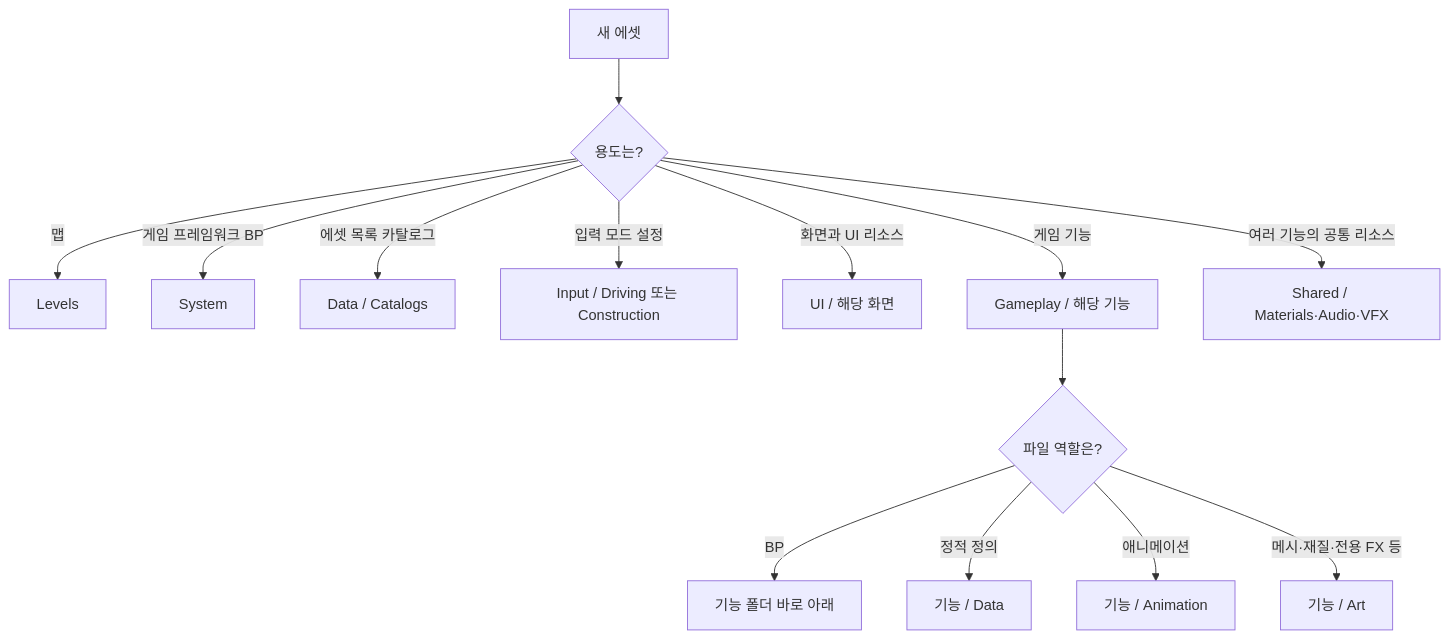
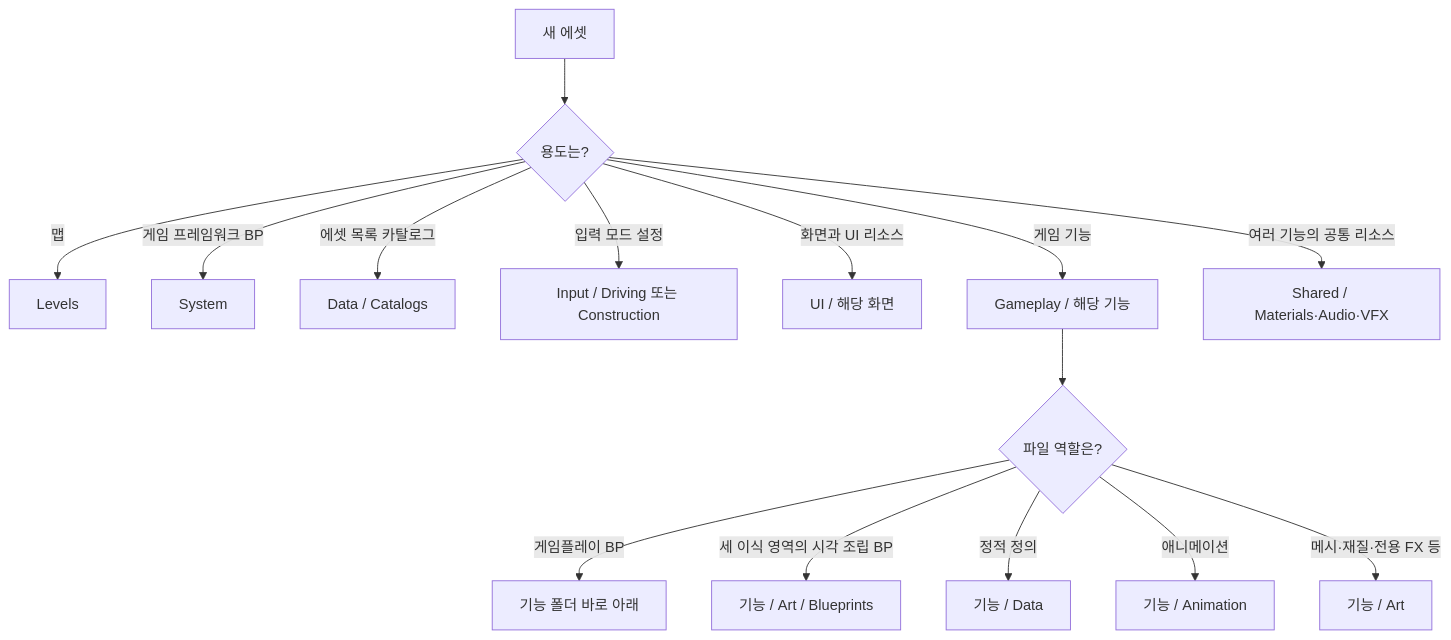
Before and after one commit to kevin6091/ProjectMW: the first of 2 diagrams in Docs/Shared/폴더·에셋 배치 기준 및 규칙.md, drawn with Mermaid. The commit also changed other lines of this file, not shown here.

Commit message:
Document imported gameplay art folder rules

````diff
--- a/Docs/Shared/폴더·에셋 배치 기준 및 규칙.md
+++ b/Docs/Shared/폴더·에셋 배치 기준 및 규칙.md
@@ -62,16 +64,17 @@
 ```mermaid
 flowchart TD
     New["새 에셋"] --> Type{"용도는?"}
     Type -->|맵| Map["Levels"]
     Type -->|게임 프레임워크 BP| System["System"]
     Type -->|에셋 목록 카탈로그| Catalog["Data / Catalogs"]
     Type -->|입력 모드 설정| Input["Input / Driving 또는 Construction"]
     Type -->|화면과 UI 리소스| UI["UI / 해당 화면"]
     Type -->|게임 기능| Feature["Gameplay / 해당 기능"]
     Feature --> Kind{"파일 역할은?"}
-    Kind -->|BP| BP["기능 폴더 바로 아래"]
+    Kind -->|게임플레이 BP| BP["기능 폴더 바로 아래"]
+    Kind -->|세 이식 영역의 시각 조립 BP| Visual["기능 / Art / Blueprints"]
     Kind -->|정적 정의| Data["기능 / Data"]
     Kind -->|애니메이션| Anim["기능 / Animation"]
     Kind -->|메시·재질·전용 FX 등| Art["기능 / Art"]
     Type -->|여러 기능의 공통 리소스| Shared["Shared / Materials·Audio·VFX"]
 ```
````
